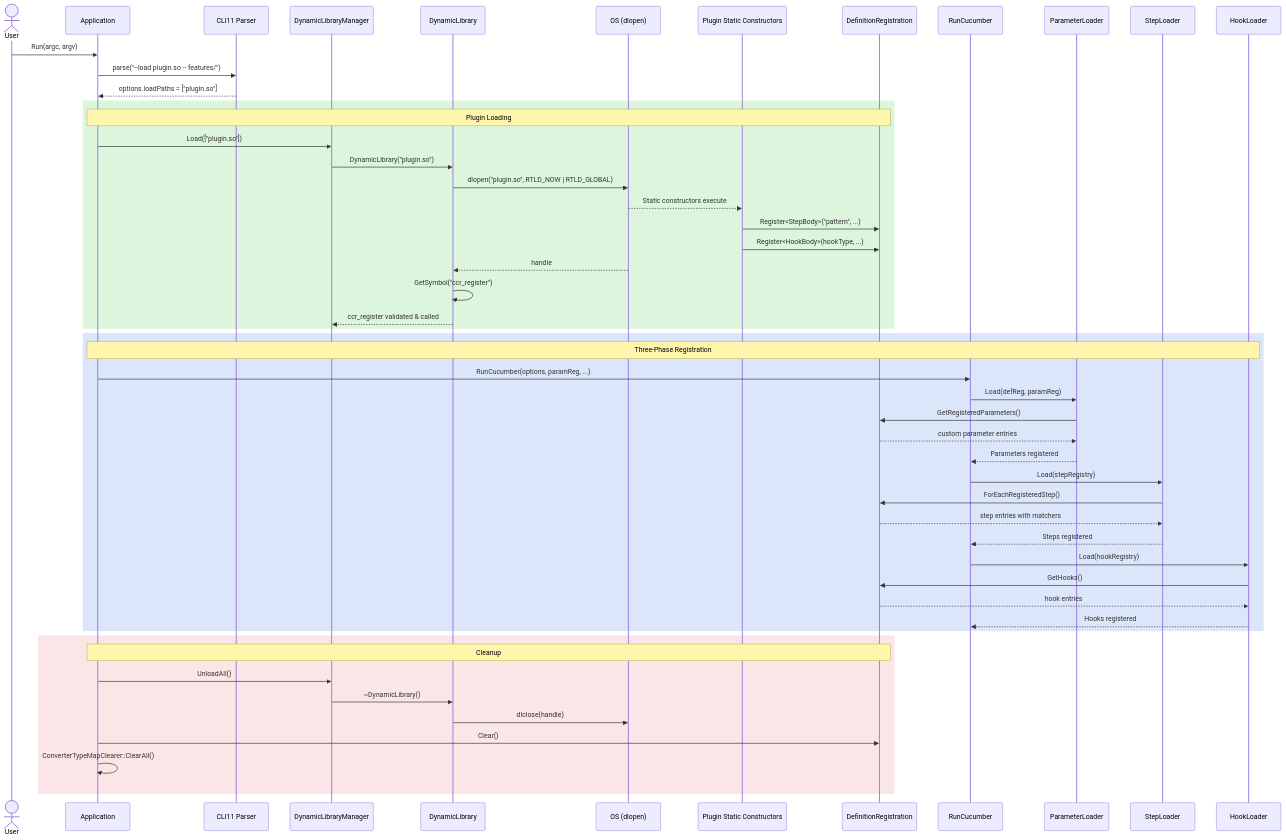
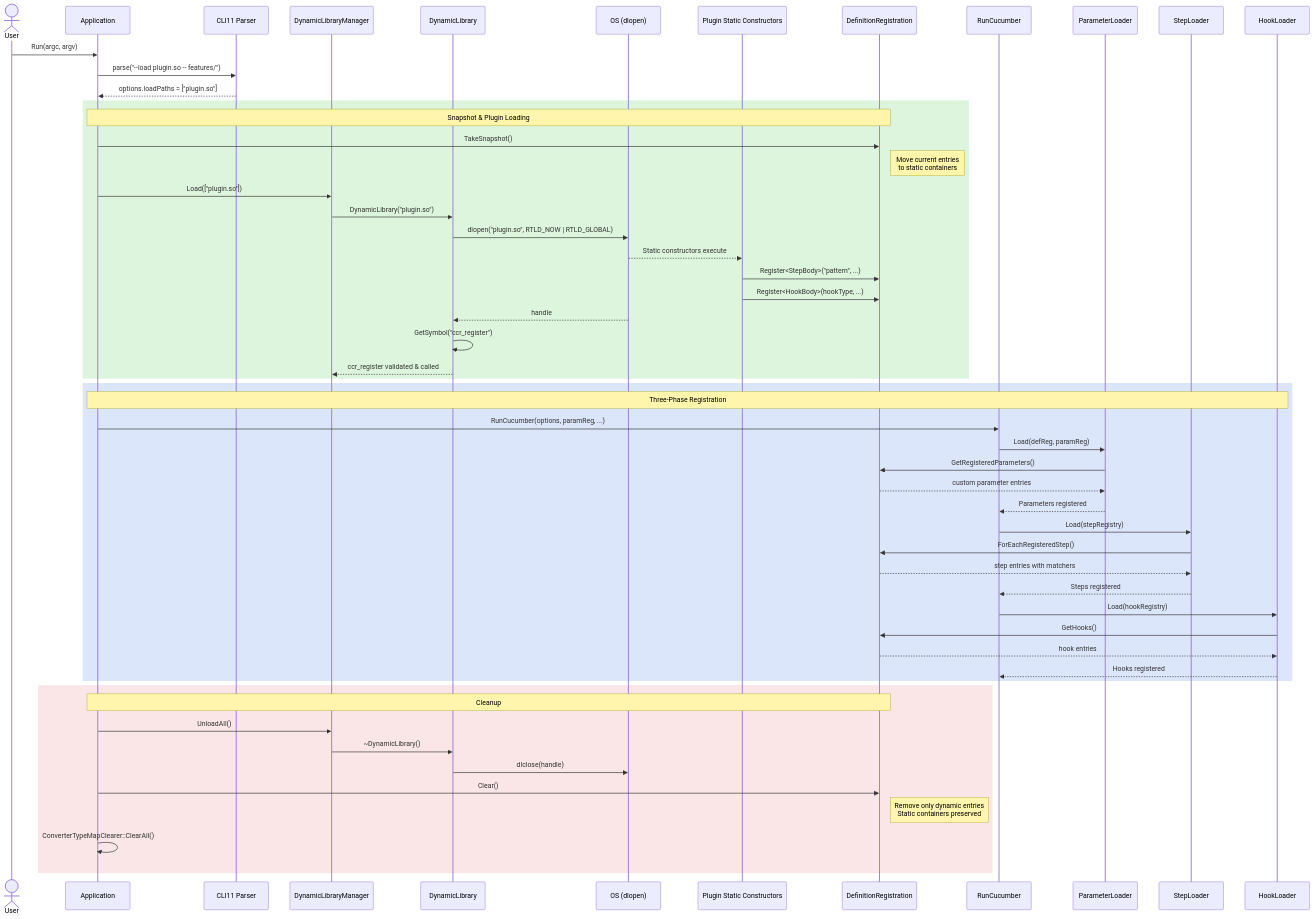
Before and after one commit to philips-software/amp-cucumber-cpp-runner: the third of 4 diagrams in cucumber_cpp/library/plugin/PLUGIN_ARCHITECTURE.md, drawn with Mermaid. The commit also changed other lines of this file and 3 other files, not shown here.

Commit message:
Implement dynamic plugin support with snapshot management in DefinitionRegistration

````diff
--- a/cucumber_cpp/library/plugin/PLUGIN_ARCHITECTURE.md
+++ b/cucumber_cpp/library/plugin/PLUGIN_ARCHITECTURE.md
@@ -129,61 +200,64 @@
 ```mermaid
 sequenceDiagram
     actor User
     participant App as Application
     participant CLI as CLI11 Parser
     participant DLM as DynamicLibraryManager
     participant DL as DynamicLibrary
     participant OS as OS (dlopen)
     participant Static as Plugin Static Constructors
     participant DR as DefinitionRegistration
     participant RC as RunCucumber
     participant PL as ParameterLoader
     participant SL as StepLoader
     participant HL as HookLoader
 
     User ->> App: Run(argc, argv)
     App ->> CLI: parse("--load plugin.so -- features/")
     CLI -->> App: options.loadPaths = ["plugin.so"]
 
     rect rgb(220, 245, 220)
-        Note over App, DR: Plugin Loading
+        Note over App, DR: Snapshot & Plugin Loading
+        App ->> DR: TakeSnapshot()
+        Note right of DR: Move current entries<br/>to static containers
         App ->> DLM: Load(["plugin.so"])
         DLM ->> DL: DynamicLibrary("plugin.so")
         DL ->> OS: dlopen("plugin.so", RTLD_NOW | RTLD_GLOBAL)
         OS -->> Static: Static constructors execute
         Static ->> DR: Register<StepBody>("pattern", ...)
         Static ->> DR: Register<HookBody>(hookType, ...)
         OS -->> DL: handle
         DL ->> DL: GetSymbol("ccr_register")
         DL -->> DLM: ccr_register validated & called
     end
 
     rect rgb(220, 230, 250)
         Note over App, HL: Three-Phase Registration
         App ->> RC: RunCucumber(options, paramReg, ...)
 
         RC ->> PL: Load(defReg, paramReg)
         PL ->> DR: GetRegisteredParameters()
         DR -->> PL: custom parameter entries
         PL -->> RC: Parameters registered
 
         RC ->> SL: Load(stepRegistry)
         SL ->> DR: ForEachRegisteredStep()
         DR -->> SL: step entries with matchers
         SL -->> RC: Steps registered
 
         RC ->> HL: Load(hookRegistry)
         HL ->> DR: GetHooks()
         DR -->> HL: hook entries
         HL -->> RC: Hooks registered
     end
 
     rect rgb(250, 230, 230)
         Note over App, DR: Cleanup
         App ->> DLM: UnloadAll()
         DLM ->> DL: ~DynamicLibrary()
         DL ->> OS: dlclose(handle)
         App ->> DR: Clear()
+        Note right of DR: Remove only dynamic entries<br/>Static containers preserved
         App ->> App: ConverterTypeMapClearer::ClearAll()
     end
 ```
````
